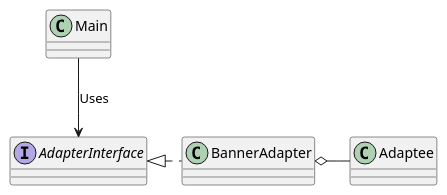
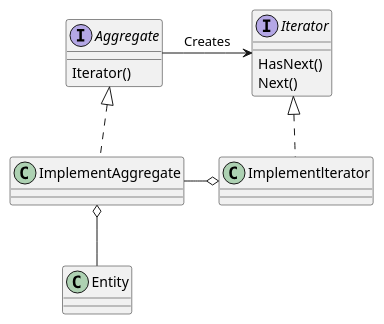
The diagram in 2_adapter/figure.pu (saekis/go-design-pattern), drawn with PlantUML before and after one commit. The commit also changed 10 other files, not shown here.

```diff
--- a/2_adapter/figure.pu
+++ b/2_adapter/figure.pu
@@ -1,19 +1,28 @@
 @startuml
 
-class Main {
+class Entity {
 }
 
-interface AdapterInterface {
+class ImplementAggregate {
 }
 
-class BannerAdapter {
+class Implementlterator {
 }
 
-class Adaptee {
+interface Aggregate {
+  Iterator()
 }
 
-Main -down-> AdapterInterface : Uses
-BannerAdapter o-right- Adaptee
-AdapterInterface <|.right. BannerAdapter
+interface Iterator {
+  HasNext()
+  Next()
+}
+
+Aggregate -right-> Iterator : Creates
+ImplementAggregate o-down- Entity
+Implementlterator o-left- ImplementAggregate
+
+Aggregate <|.down. ImplementAggregate
+Iterator <|.down. Implementlterator
 
 @enduml
```
